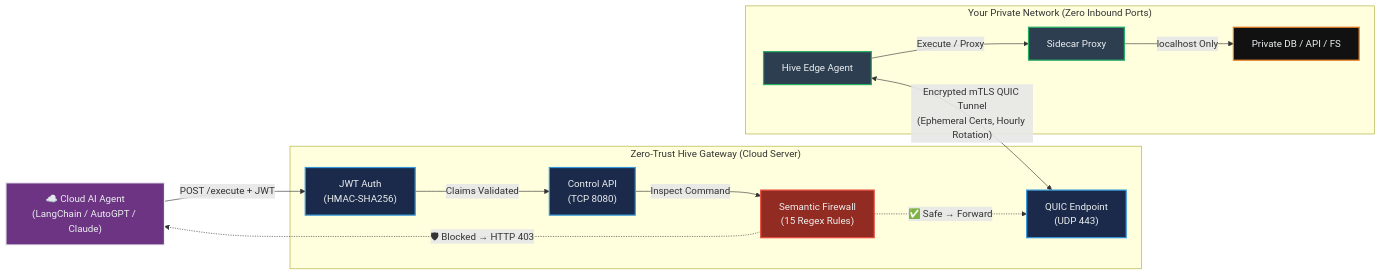
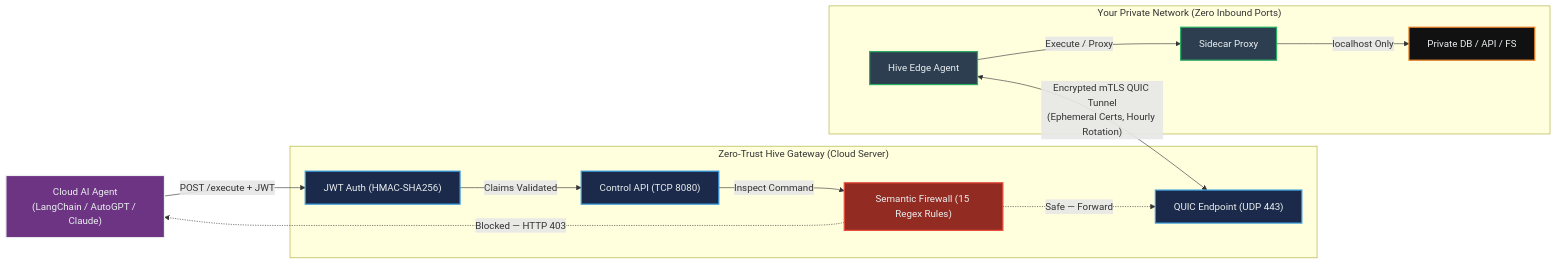
Before and after one commit to AhirTech1/zero-trust-hive: the diagram in README.md, drawn with Mermaid. The commit also changed other lines of this file and 27 other files, not shown here.

````diff
--- a/README.md
+++ b/README.md
@@ -45,34 +62,34 @@
 ```mermaid
 flowchart LR
     classDef agent fill:#6C3483,stroke:#ECF0F1,stroke-width:2px,color:#ECF0F1;
     classDef cloud fill:#1B2A4A,stroke:#3498DB,stroke-width:2px,color:#ECF0F1;
     classDef firewall fill:#922B21,stroke:#E74C3C,stroke-width:2px,color:#ECF0F1;
     classDef edge fill:#2C3E50,stroke:#27AE60,stroke-width:2px,color:#ECF0F1;
     classDef target fill:#111111,stroke:#E67E22,stroke-width:2px,color:#ECF0F1;
 
-    AI["☁️ Cloud AI Agent<br/>(LangChain / AutoGPT / Claude)"]:::agent
+    AI["Cloud AI Agent<br/>(LangChain / AutoGPT / Claude)"]:::agent
 
     subgraph Gateway ["Zero-Trust Hive Gateway (Cloud Server)"]
-        JWT["JWT Auth<br/>(HMAC-SHA256)"]:::cloud
-        FW["Semantic Firewall<br/>(15 Regex Rules)"]:::firewall
-        API["Control API<br/>(TCP 8080)"]:::cloud
-        QUICGW["QUIC Endpoint<br/>(UDP 443)"]:::cloud
+        JWT["JWT Auth (HMAC-SHA256)"]:::cloud
+        FW["Semantic Firewall (15 Regex Rules)"]:::firewall
+        API["Control API (TCP 8080)"]:::cloud
+        QUICGW["QUIC Endpoint (UDP 443)"]:::cloud
     end
 
     subgraph Private ["Your Private Network (Zero Inbound Ports)"]
         EdgeAgent["Hive Edge Agent"]:::edge
         Sidecar["Sidecar Proxy"]:::edge
         DB["Private DB / API / FS"]:::target
     end
 
     AI -->|"POST /execute + JWT"| JWT
     JWT -->|"Claims Validated"| API
     API -->|"Inspect Command"| FW
-    FW -.->|"✅ Safe → Forward"| QUICGW
-    FW -.->|"🛡 Blocked → HTTP 403"| AI
+    FW -.->|"Safe — Forward"| QUICGW
+    FW -.->|"Blocked — HTTP 403"| AI
 
     EdgeAgent <-->|"Encrypted mTLS QUIC Tunnel<br/>(Ephemeral Certs, Hourly Rotation)"| QUICGW
 
     EdgeAgent -->|"Execute / Proxy"| Sidecar
     Sidecar -->|"localhost Only"| DB
 ```
````
